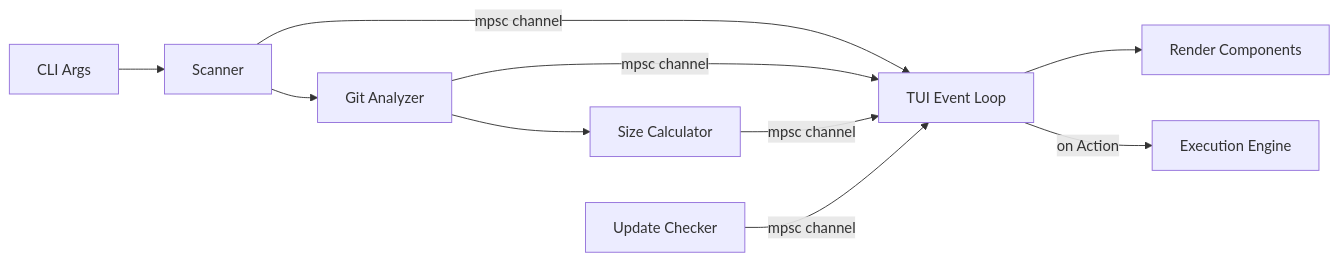
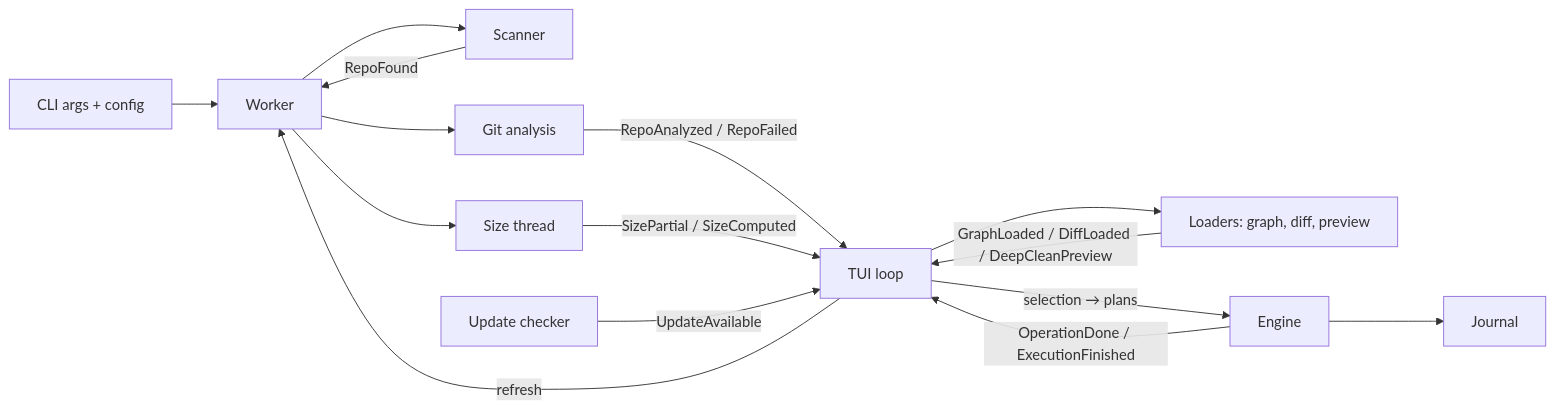
Before and after one commit to AymericChaverot/sloth: the diagram in docs/ARCHITECTURE.md, drawn with Mermaid. The commit also changed other lines of this file and 2 other files, not shown here.

Commit message:
docs: update architecture and contributing guides for 0.2.0

````diff
--- a/docs/ARCHITECTURE.md
+++ b/docs/ARCHITECTURE.md
@@ -9,12 +11,17 @@
 ```mermaid
 graph LR
-    A[CLI Args] --> B[Scanner]
-    B -->|mpsc channel| C[TUI Event Loop]
-    B --> D[Git Analyzer]
-    D -->|mpsc channel| C
-    D --> G[Size Calculator]
-    G -->|mpsc channel| C
-    C --> E[Render Components]
-    C -->|on Action| F[Execution Engine]
-    H[Update Checker] -->|mpsc channel| C
+    A[CLI args + config] --> W[Worker]
+    W --> S[Scanner]
+    S -->|RepoFound| W
+    W --> G[Git analysis]
+    G -->|RepoAnalyzed / RepoFailed| UI[TUI loop]
+    W --> Z[Size thread]
+    Z -->|SizePartial / SizeComputed| UI
+    UI --> L[Loaders: graph, diff, preview]
+    L -->|GraphLoaded / DiffLoaded / DeepCleanPreview| UI
+    UI -->|selection → plans| E[Engine]
+    E -->|OperationDone / ExecutionFinished| UI
+    E --> J[Journal]
+    UI -->|refresh| W
+    U[Update checker] -->|UpdateAvailable| UI
 ```
````
